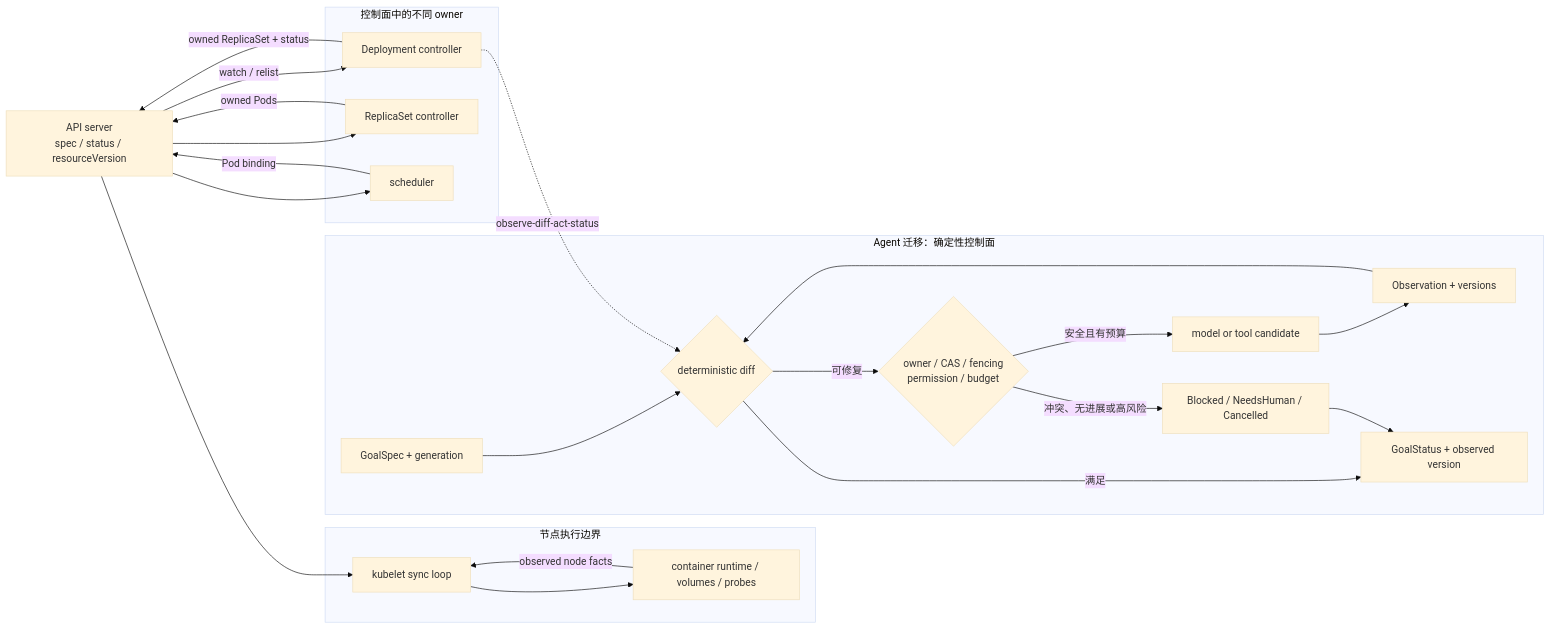
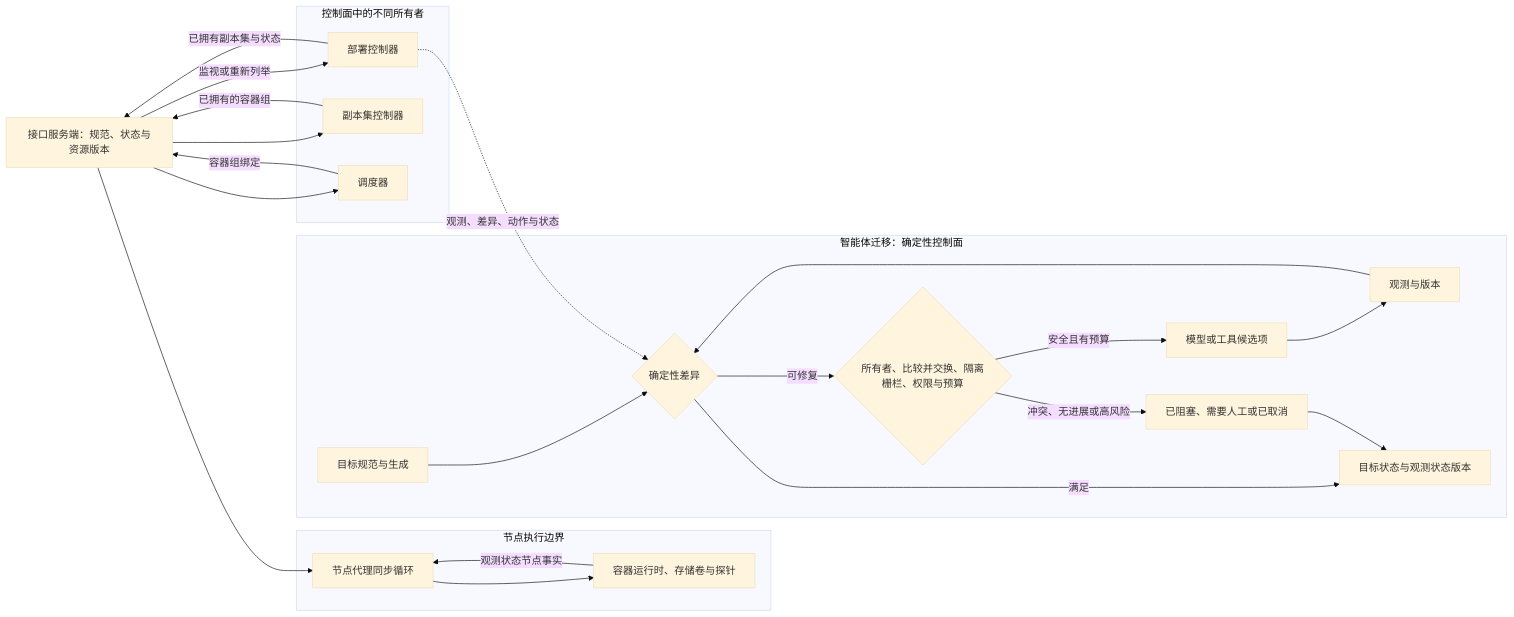
The diagram in content/cases/kubernetes-reconciliation-loop.mdx (sealday/tego-arch), drawn with Mermaid (base theme) before and after one commit. The commit also changed other lines of this file and 73 other files, not shown here.

````diff
--- a/content/cases/kubernetes-reconciliation-loop.mdx
+++ b/content/cases/kubernetes-reconciliation-loop.mdx
@@ -111,43 +111,43 @@
 ```mermaid
 flowchart LR
-    API["API server\nspec / status / resourceVersion"]
+    API["接口服务端：规范、状态与资源版本"]
 
-    subgraph CP["控制面中的不同 owner"]
-        DC["Deployment controller"]
-        RC["ReplicaSet controller"]
-        SCH["scheduler"]
+    subgraph CP["控制面中的不同所有者"]
+        DC["部署控制器"]
+        RC["副本集控制器"]
+        SCH["调度器"]
     end
 
     subgraph NODE["节点执行边界"]
-        KL["kubelet sync loop"]
-        RT["container runtime / volumes / probes"]
+        KL["节点代理同步循环"]
+        RT["容器运行时、存储卷与探针"]
     end
 
-    API -->|"watch / relist"| DC
-    DC -->|"owned ReplicaSet + status"| API
+    API -->|"监视或重新列举"| DC
+    DC -->|"已拥有副本集与状态"| API
     API --> RC
-    RC -->|"owned Pods"| API
+    RC -->|"已拥有的容器组"| API
     API --> SCH
-    SCH -->|"Pod binding"| API
+    SCH -->|"容器组绑定"| API
     API --> KL
     KL --> RT
-    RT -->|"observed node facts"| KL
+    RT -->|"观测状态节点事实"| KL
 
-    subgraph AG["Agent 迁移：确定性控制面"]
-        GS["GoalSpec + generation"]
-        OB["Observation + versions"]
-        DF{"deterministic diff"}
-        POL{"owner / CAS / fencing\npermission / budget"}
-        ACT["model or tool candidate"]
-        ST["GoalStatus + observed version"]
-        H["Blocked / NeedsHuman / Cancelled"]
+    subgraph AG["智能体迁移：确定性控制面"]
+        GS["目标规范与生成"]
+        OB["观测与版本"]
+        DF{"确定性差异"}
+        POL{"所有者、比较并交换、隔离栅栏、权限与预算"}
+        ACT["模型或工具候选项"]
+        ST["目标状态与观测状态版本"]
+        H["已阻塞、需要人工或已取消"]
         GS --> DF
         OB --> DF
         DF -->|"满足"| ST
         DF -->|"可修复"| POL
         POL -->|"安全且有预算"| ACT --> OB
         POL -->|"冲突、无进展或高风险"| H --> ST
     end
 
-    DC -. "observe-diff-act-status" .-> DF
+    DC -. "观测、差异、动作与状态" .-> DF
 ```
````
